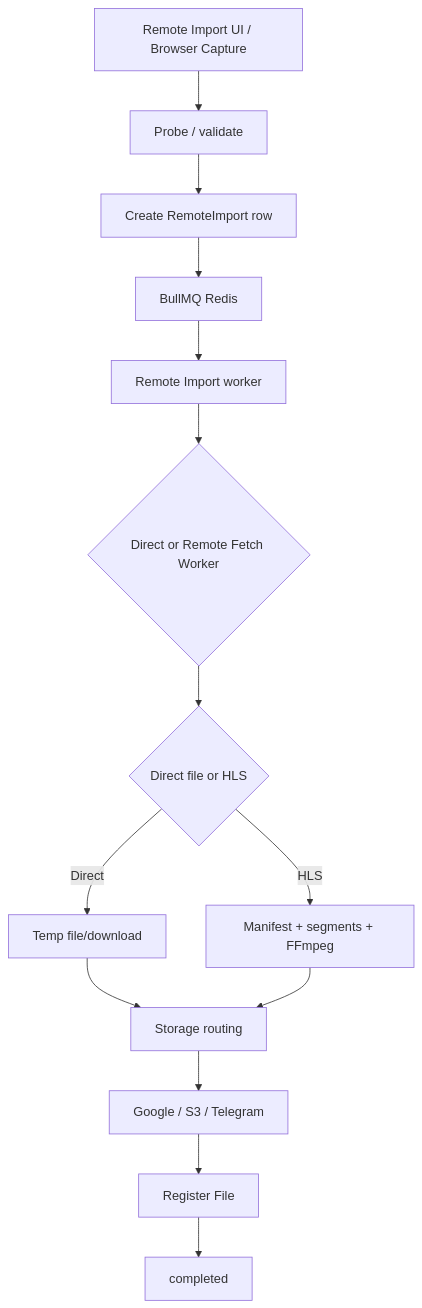
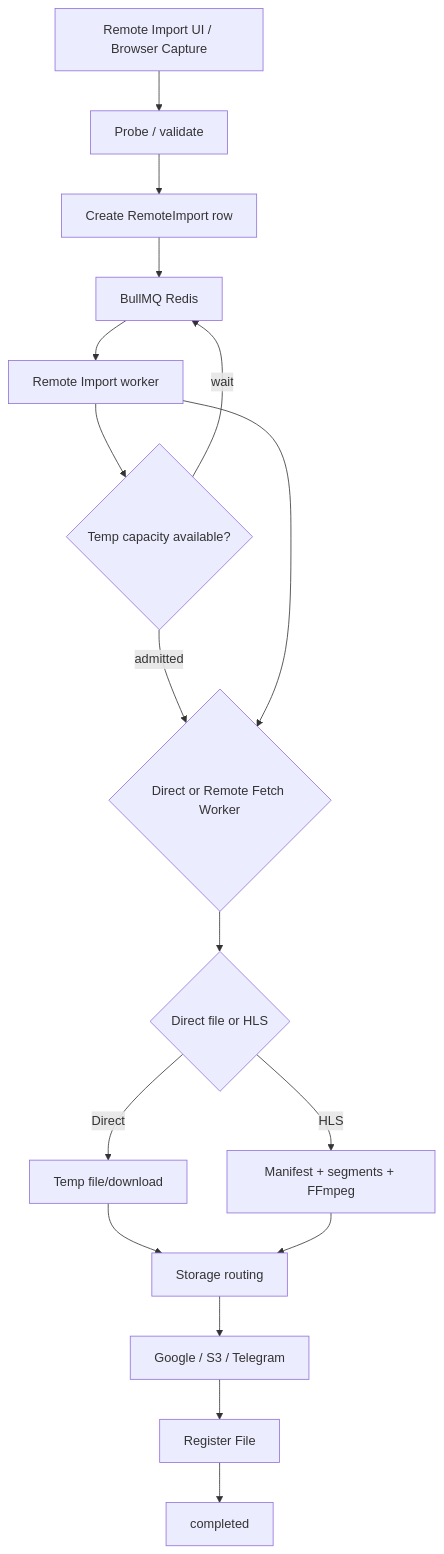
One commit to verdymas/9drive changed the diagram in docs/application/workflows/remote-import.md. Above: the diagram before and after it, drawn with Mermaid. The commit also changed 13 other files, not shown here.

Commit message:
feat(remote-import): add temp storage admission control

````diff
--- a/docs/application/workflows/remote-import.md
+++ b/docs/application/workflows/remote-import.md
@@ -3,16 +3,19 @@
 ```mermaid
 flowchart TD
   UI[Remote Import UI / Browser Capture] --> Probe[Probe / validate]
   Probe --> Create[Create RemoteImport row]
   Create --> Queue[BullMQ Redis]
-  Queue --> Worker[Remote Import worker]
-  Worker --> Fetch{Direct or Remote Fetch Worker}
+Queue --> Worker[Remote Import worker]
+Worker --> Capacity{Temp capacity available?}
+Capacity -->|wait| Queue
+Capacity -->|admitted| Fetch
+Worker --> Fetch{Direct or Remote Fetch Worker}
   Fetch --> Type{Direct file or HLS}
   Type -->|Direct| Temp[Temp file/download]
   Type -->|HLS| HLS[Manifest + segments + FFmpeg]
   Temp --> Placement[Storage routing]
   HLS --> Placement
   Placement --> Upload[Google / S3 / Telegram]
   Upload --> Register[Register File]
   Register --> Done[completed]
 ```
````
